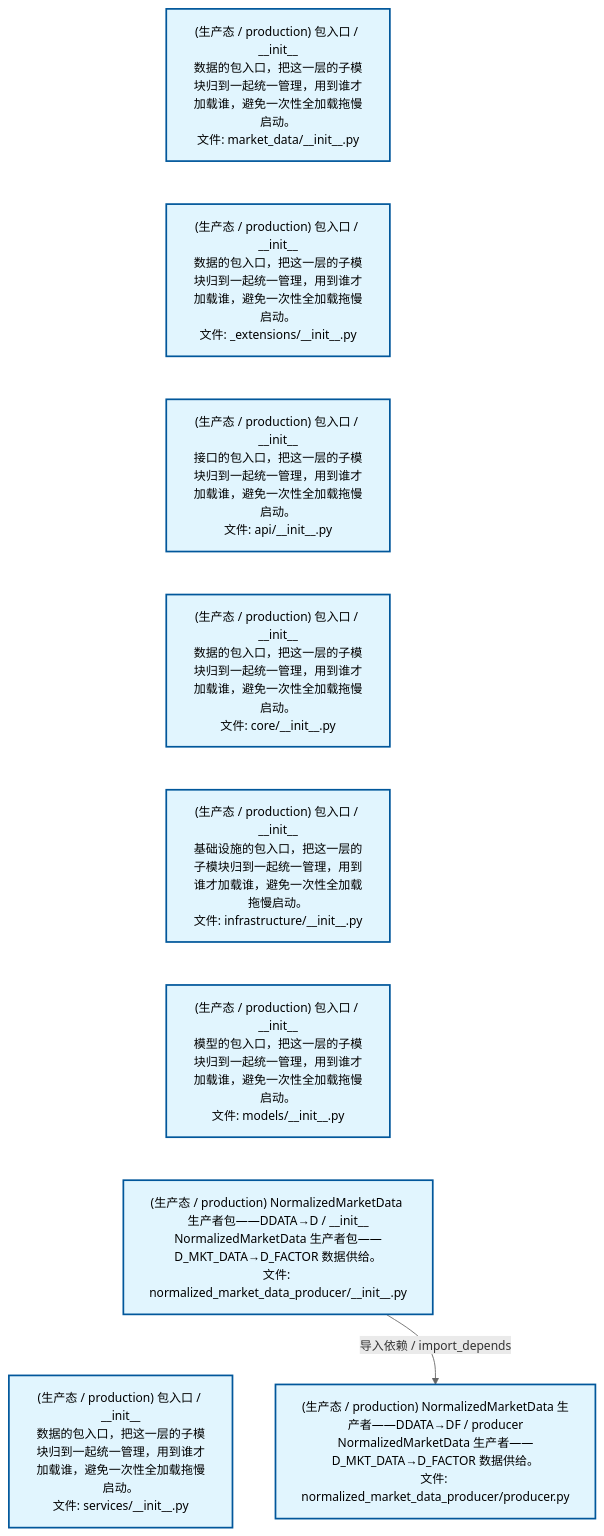
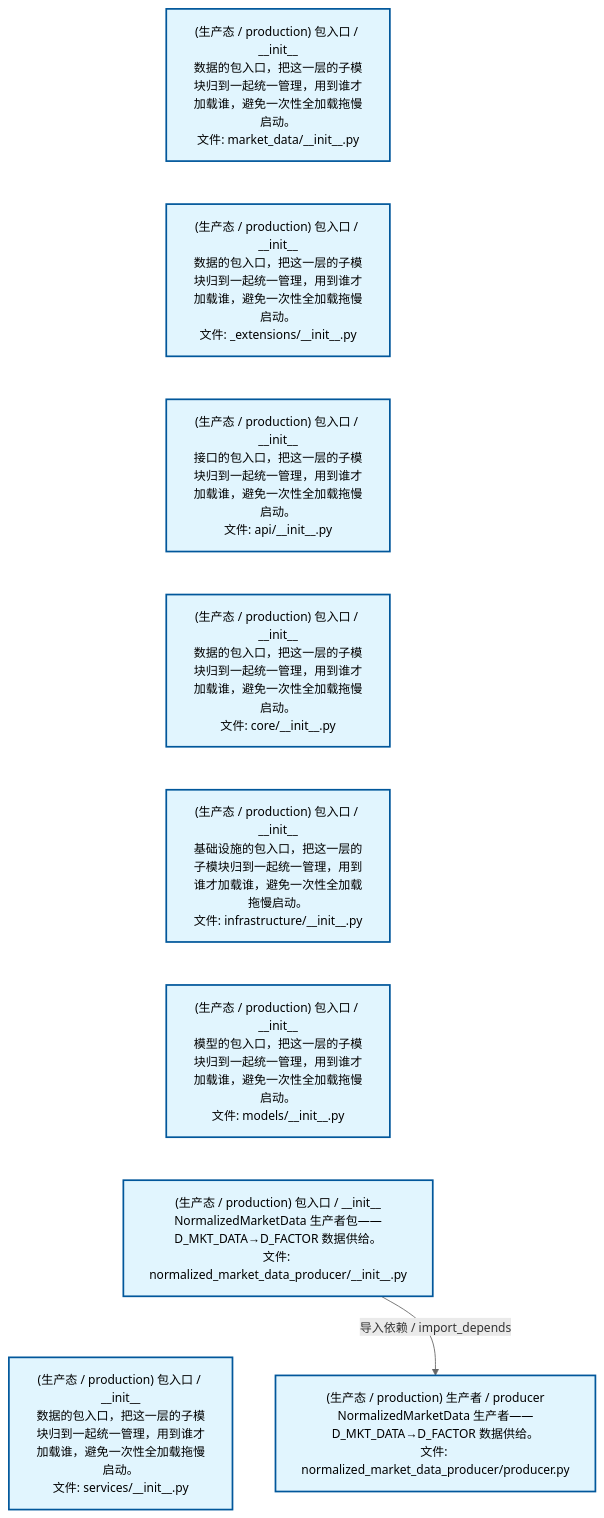
Before and after one commit to xuanFelixVan/ZephyrAlpha: the second of 4 diagrams in docs/02_enterprise_architecture/02_domain_architecture_docs/23_d_mkt_data.md, drawn with Mermaid. The commit also changed other lines of this file and 50 other files, not shown here.

````diff
--- a/docs/02_enterprise_architecture/02_domain_architecture_docs/23_d_mkt_data.md
+++ b/docs/02_enterprise_architecture/02_domain_architecture_docs/23_d_mkt_data.md
@@ -112,26 +112,26 @@
 ```mermaid
 %%{init: {'theme': 'base', 'themeVariables': {'primaryColor': '#eaeaea', 'primaryTextColor': '#333333', 'primaryBorderColor': '#666666', 'lineColor': '#666666', 'secondaryColor': '#eaeaea', 'tertiaryColor': '#eaeaea', 'fontSize': '14px'}}}%%
 flowchart TD
     src_zephyr_market_data_init_py["(生产态 / production) 包入口 / __init__<br/>数据的包入口，把这一层的子模块归到一起统一管理，用到谁才加载谁，避免一次性全加载拖慢启动。<br/>文件: market_data/__init__.py"]
     src_zephyr_market_data_extensions_init_py["(生产态 / production) 包入口 / __init__<br/>数据的包入口，把这一层的子模块归到一起统一管理，用到谁才加载谁，避免一次性全加载拖慢启动。<br/>文件: _extensions/__init__.py"]
     src_zephyr_market_data_api_init_py["(生产态 / production) 包入口 / __init__<br/>接口的包入口，把这一层的子模块归到一起统一管理，用到谁才加载谁，避免一次性全加载拖慢启动。<br/>文件: api/__init__.py"]
     src_zephyr_market_data_core_init_py["(生产态 / production) 包入口 / __init__<br/>数据的包入口，把这一层的子模块归到一起统一管理，用到谁才加载谁，避免一次性全加载拖慢启动。<br/>文件: core/__init__.py"]
     src_zephyr_market_data_infrastructure_init_py["(生产态 / production) 包入口 / __init__<br/>基础设施的包入口，把这一层的子模块归到一起统一管理，用到谁才加载谁，避免一次性全加载拖慢启动。<br/>文件: infrastructure/__init__.py"]
     src_zephyr_market_data_models_init_py["(生产态 / production) 包入口 / __init__<br/>模型的包入口，把这一层的子模块归到一起统一管理，用到谁才加载谁，避免一次性全加载拖慢启动。<br/>文件: models/__init__.py"]
-    src_zephyr_market_data_normalized_market_data_producer_init_py["(生产态 / production) NormalizedMarketData 生产者包——DDATA→D / __init__<br/>NormalizedMarketData 生产者包——D_MKT_DATA→D_FACTOR 数据供给。<br/>文件: normalized_market_data_producer/__init__.py"]
+    src_zephyr_market_data_normalized_market_data_producer_init_py["(生产态 / production) 包入口 / __init__<br/>NormalizedMarketData 生产者包——D_MKT_DATA→D_FACTOR 数据供给。<br/>文件: normalized_market_data_producer/__init__.py"]
     src_zephyr_market_data_services_init_py["(生产态 / production) 包入口 / __init__<br/>数据的包入口，把这一层的子模块归到一起统一管理，用到谁才加载谁，避免一次性全加载拖慢启动。<br/>文件: services/__init__.py"]
     src_zephyr_market_data_init_py ~~~ src_zephyr_market_data_extensions_init_py
     src_zephyr_market_data_extensions_init_py ~~~ src_zephyr_market_data_api_init_py
     src_zephyr_market_data_api_init_py ~~~ src_zephyr_market_data_core_init_py
     src_zephyr_market_data_core_init_py ~~~ src_zephyr_market_data_infrastructure_init_py
     src_zephyr_market_data_infrastructure_init_py ~~~ src_zephyr_market_data_models_init_py
     src_zephyr_market_data_models_init_py ~~~ src_zephyr_market_data_normalized_market_data_producer_init_py
     src_zephyr_market_data_normalized_market_data_producer_init_py ~~~ src_zephyr_market_data_services_init_py
-    src_zephyr_market_data_normalized_market_data_producer_producer_py["(生产态 / production) NormalizedMarketData 生产者——DDATA→DF / producer<br/>NormalizedMarketData 生产者——D_MKT_DATA→D_FACTOR 数据供给。<br/>文件: normalized_market_data_producer/producer.py"]
+    src_zephyr_market_data_normalized_market_data_producer_producer_py["(生产态 / production) 生产者 / producer<br/>NormalizedMarketData 生产者——D_MKT_DATA→D_FACTOR 数据供给。<br/>文件: normalized_market_data_producer/producer.py"]
     src_zephyr_market_data_normalized_market_data_producer_init_py -->|导入依赖 / import_depends| src_zephyr_market_data_normalized_market_data_producer_producer_py
     classDef production fill:#e1f5fe,stroke:#01579b,stroke-width:2px,color:#000
     classDef design fill:#fff3e0,stroke:#e65100,stroke-width:2px,color:#000,stroke-dasharray: 5 5
     classDef external_prod fill:#e8f4fd,stroke:#0277bd,stroke-width:1px,color:#000
     classDef external_design fill:#fff8e7,stroke:#ef6c00,stroke-width:1px,color:#000,stroke-dasharray: 5 5
     class src_zephyr_market_data_init_py,src_zephyr_market_data_extensions_init_py,src_zephyr_market_data_api_init_py,src_zephyr_market_data_core_init_py,src_zephyr_market_data_infrastructure_init_py,src_zephyr_market_data_models_init_py,src_zephyr_market_data_normalized_market_data_producer_init_py,src_zephyr_market_data_normalized_market_data_producer_producer_py,src_zephyr_market_data_services_init_py production
 ```
````
